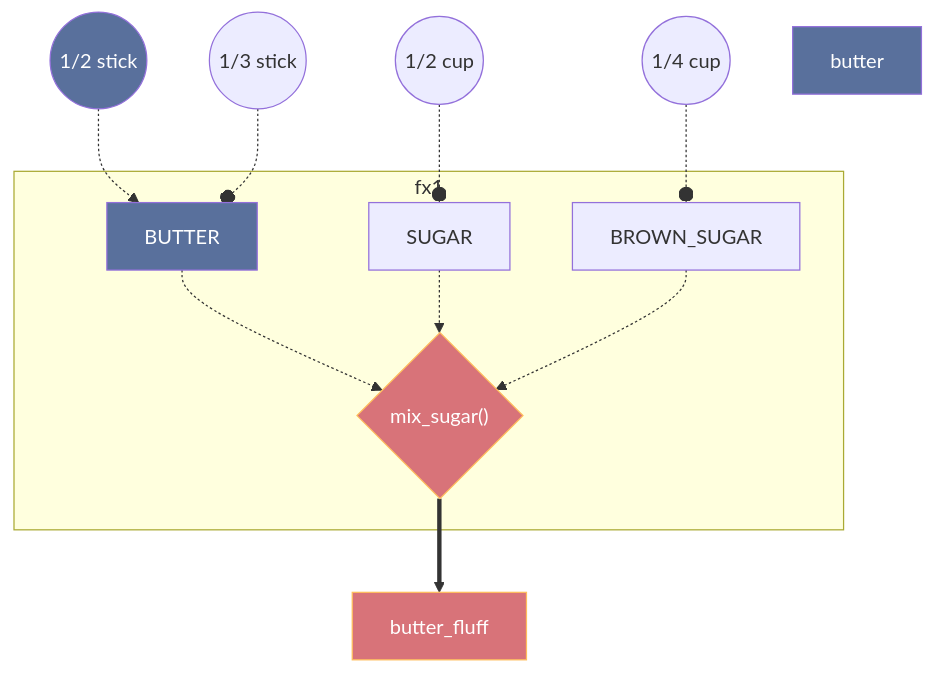
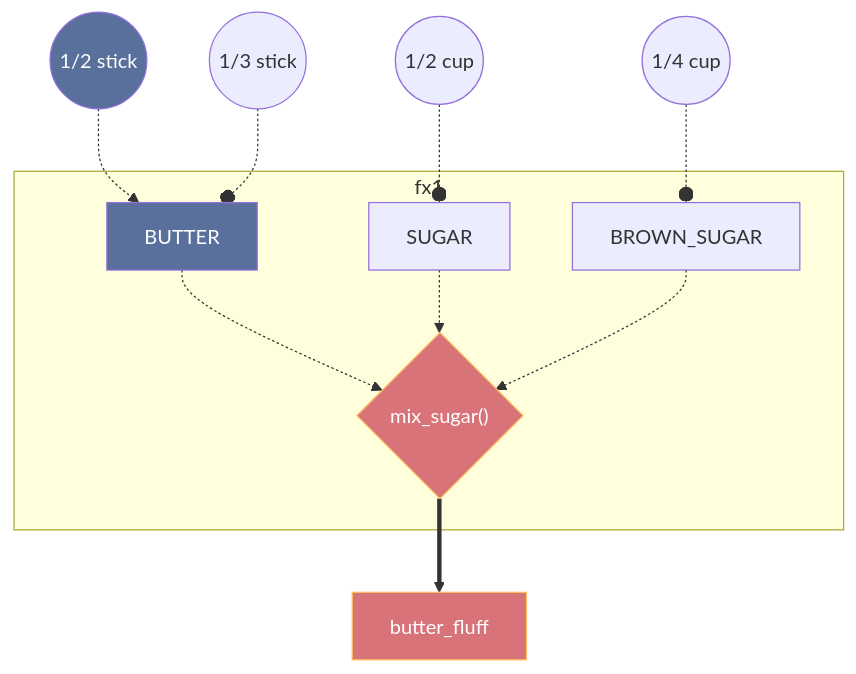
Before and after one commit to Watts-College/paf-514-template: the fourth of 7 diagrams in lectures/week-01-function-review.md, drawn with Mermaid. The commit also changed other lines of this file, not shown here.

````diff
--- a/lectures/week-01-function-review.md
+++ b/lectures/week-01-function-review.md
@@ -345,19 +345,18 @@
 ```mermaid
 flowchart TB
     v0(("1/2 stick")) -.-> BUTTER
     v1((1/3 stick))  -.-o  BUTTER
     v2((1/2 cup))    -.-o  SUGAR
     v3((1/4 cup))    -.-o  BROWN_SUGAR
     subgraph fx1
       BUTTER       -.-> mix{"mix_sugar()"}
       SUGAR        -.-> mix
       BROWN_SUGAR  -.-> mix
     end
     mix ==> butter_fluff
 
     style v0 fill: #59709c,color:#fff
-    style butter fill: #59709c,color:#fff
     style BUTTER fill: #59709c,color:#fff
     style mix fill: #d87379,stroke:#ffbe5c,color:#fff 
     style butter_fluff fill: #d87379,stroke:#ffbe5c,color:#fff
 ```
````
